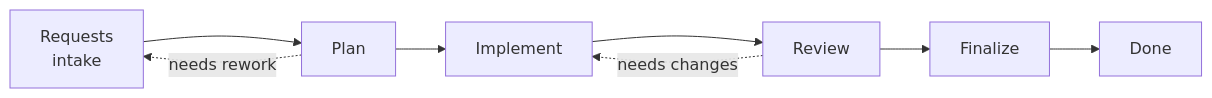
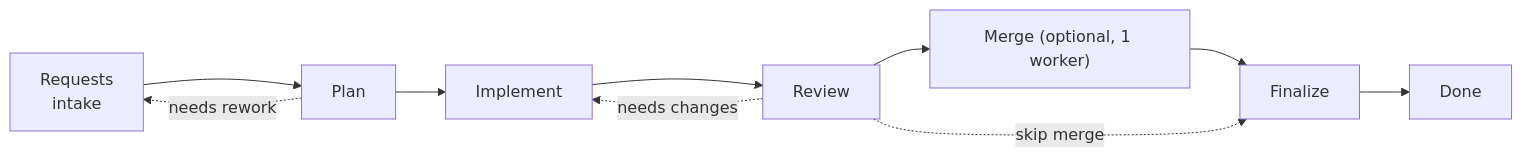
Before and after one commit to jlucero805/AgentProcessSegments: the third of 3 diagrams in README.md, drawn with Mermaid. The commit also changed other lines of this file and 10 other files, not shown here.

````diff
--- a/README.md
+++ b/README.md
@@ -83,10 +83,12 @@
 ```mermaid
 flowchart LR
   Intake["Requests<br/>intake"] --> Plan["Plan"]
   Plan --> Implement["Implement"]
   Implement --> Review["Review"]
-  Review --> Finalize["Finalize"]
+  Review --> Merge["Merge (optional, 1 worker)"]
+  Merge --> Finalize["Finalize"]
+  Review -.->|skip merge| Finalize
   Finalize --> Done["Done"]
   Review -.->|needs changes| Implement
   Plan -.->|needs rework| Intake
 ```
````
